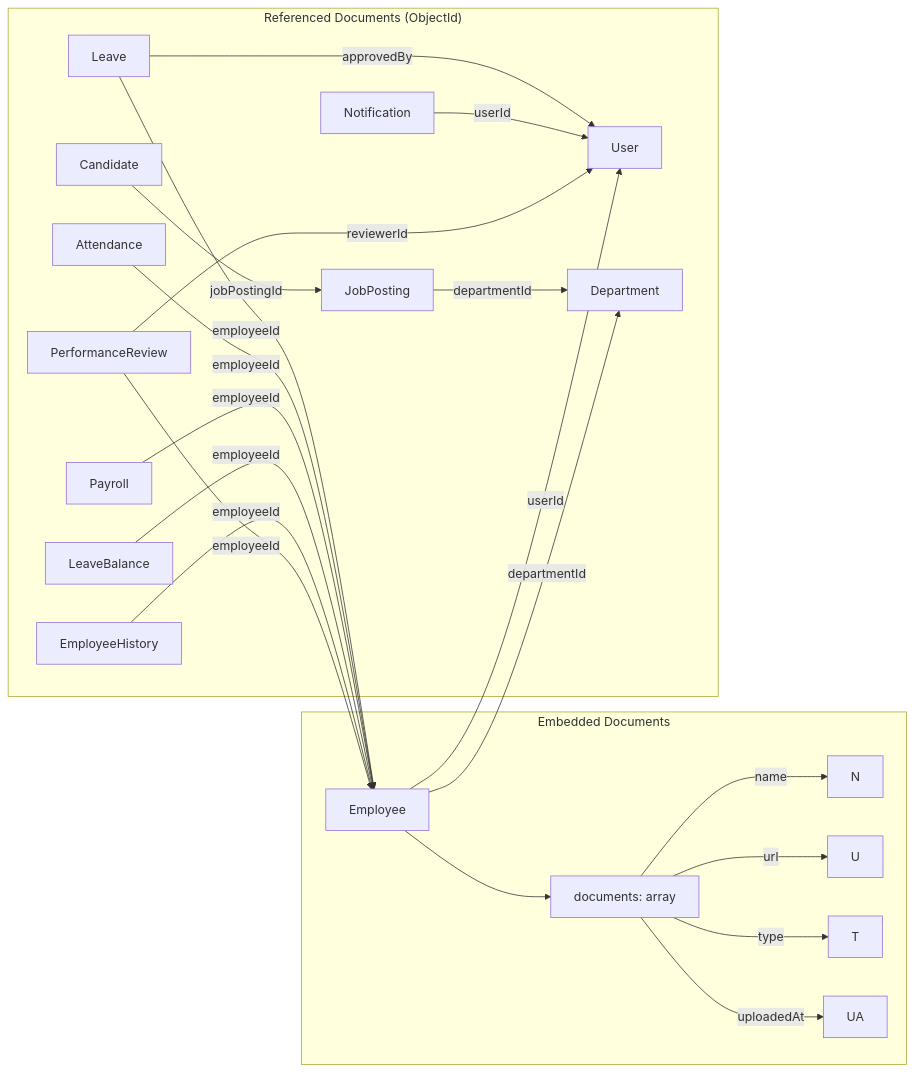
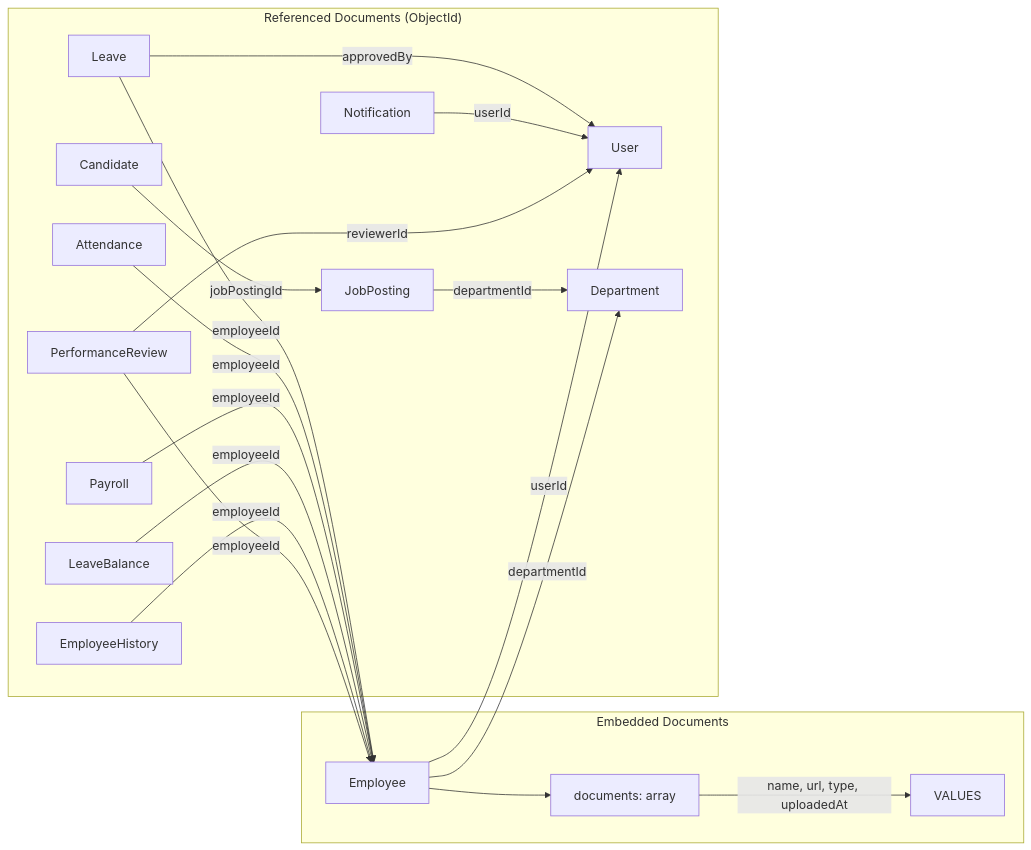
The ninth of 24 diagrams in docs/SDD.md (nghiaxh/hr-management), drawn with Mermaid before and after one commit. The commit also changed other lines of this file and 8 other files, not shown here.

````diff
--- a/docs/SDD.md
+++ b/docs/SDD.md
@@ -895,26 +613,22 @@
 ```mermaid
 graph LR
     subgraph "Embedded Documents"
         EMP[Employee] --> DOC[documents: array]
-        DOC -->|name| N
-        DOC -->|url| U
-        DOC -->|type| T
-        DOC -->|uploadedAt| UA
+        DOC -->|name, url, type, uploadedAt| VALUES
     end
-
     subgraph "Referenced Documents (ObjectId)"
         EMP -->|userId| USR[User]
         EMP -->|departmentId| DEP[Department]
         LEAVE[Leave] -->|employeeId| EMP
         LEAVE -->|approvedBy| USR
         ATT[Attendance] -->|employeeId| EMP
         PAY[Payroll] -->|employeeId| EMP
         LB[LeaveBalance] -->|employeeId| EMP
         HIST[EmployeeHistory] -->|employeeId| EMP
         NOTIF[Notification] -->|userId| USR
         CAND[Candidate] -->|jobPostingId| JP[JobPosting]
         JP -->|departmentId| DEP
         PR[PerformanceReview] -->|employeeId| EMP
         PR -->|reviewerId| USR
     end
 ```
````
